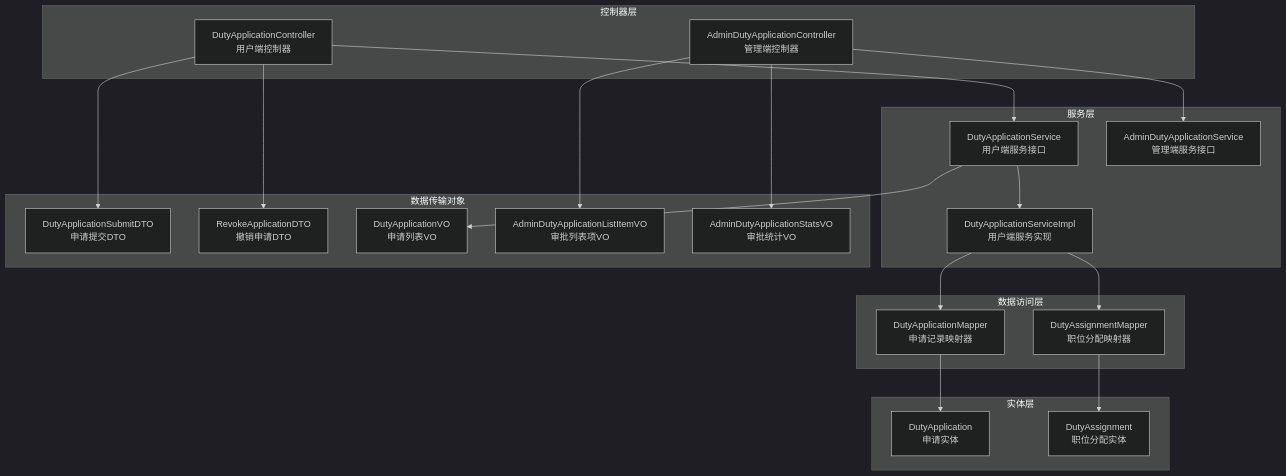
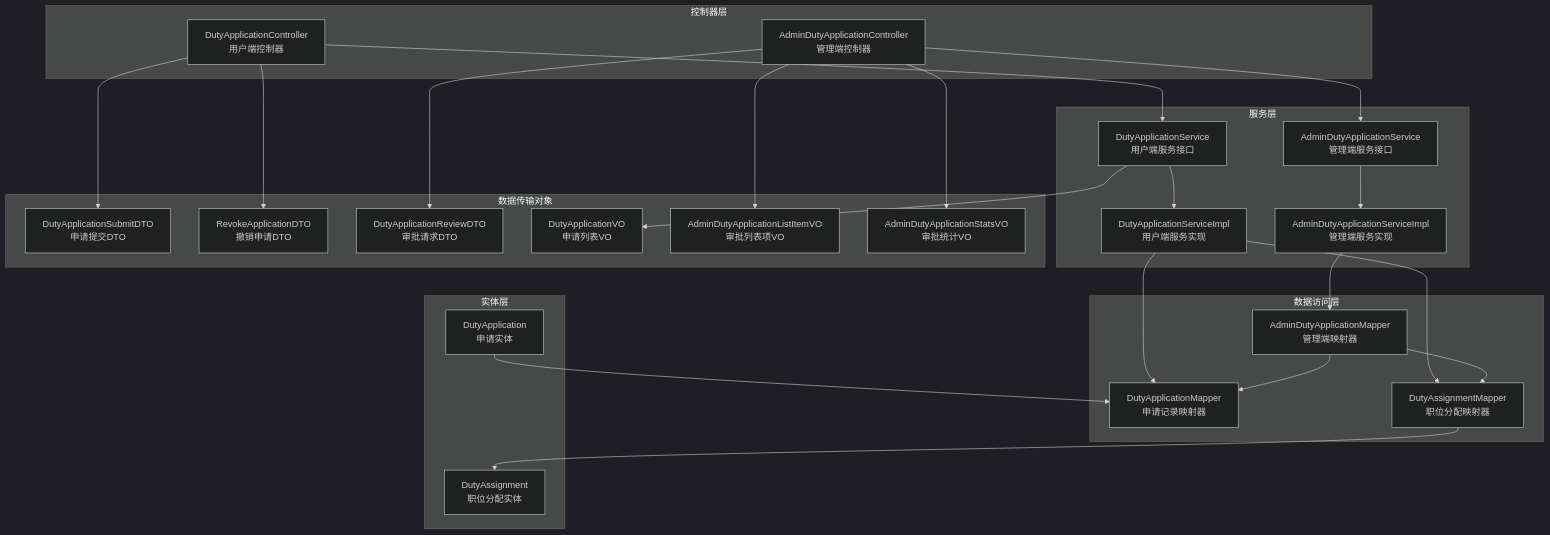
Before and after one commit to gaozihaowin/-: the first of 8 diagrams in .qoder/repowiki/zh/content/志愿者管理模块/值班申请模块.md, drawn with Mermaid (dark theme). The commit also changed other lines of this file and 9 other files, not shown here.

````diff
--- a/.qoder/repowiki/zh/content/志愿者管理模块/值班申请模块.md
+++ b/.qoder/repowiki/zh/content/志愿者管理模块/值班申请模块.md
@@ -47,39 +61,47 @@
 ```mermaid
 graph TB
 subgraph "控制器层"
 DAC[DutyApplicationController<br/>用户端控制器]
 ADC[AdminDutyApplicationController<br/>管理端控制器]
 end
 subgraph "服务层"
 DAS[DutyApplicationService<br/>用户端服务接口]
 DASI[DutyApplicationServiceImpl<br/>用户端服务实现]
 ADAS[AdminDutyApplicationService<br/>管理端服务接口]
+ADASI[AdminDutyApplicationServiceImpl<br/>管理端服务实现]
 end
 subgraph "数据访问层"
 DAM[DutyApplicationMapper<br/>申请记录映射器]
 DAM2[DutyAssignmentMapper<br/>职位分配映射器]
+ADM[AdminDutyApplicationMapper<br/>管理端映射器]
 end
 subgraph "实体层"
 DA[DutyApplication<br/>申请实体]
 DU[DutyAssignment<br/>职位分配实体]
 end
 subgraph "数据传输对象"
 DASDTO[DutyApplicationSubmitDTO<br/>申请提交DTO]
 RADTO[RevokeApplicationDTO<br/>撤销申请DTO]
+DARDTO[DutyApplicationReviewDTO<br/>审批请求DTO]
 DAVO[DutyApplicationVO<br/>申请列表VO]
 AILVO[AdminDutyApplicationListItemVO<br/>审批列表项VO]
 ADSVO[AdminDutyApplicationStatsVO<br/>审批统计VO]
 end
 DAC --> DAS
 ADC --> ADAS
 DAS --> DASI
 DASI --> DAM
 DASI --> DAM2
-DAM --> DA
+ADAS --> ADASI
+ADASI --> ADM
+ADM --> DAM
+ADM --> DAM2
+DA --> DAM
 DAM2 --> DU
 DAC --> DASDTO
 DAC --> RADTO
 DAS --> DAVO
 ADC --> AILVO
 ADC --> ADSVO
+ADC --> DARDTO
 ```
````
